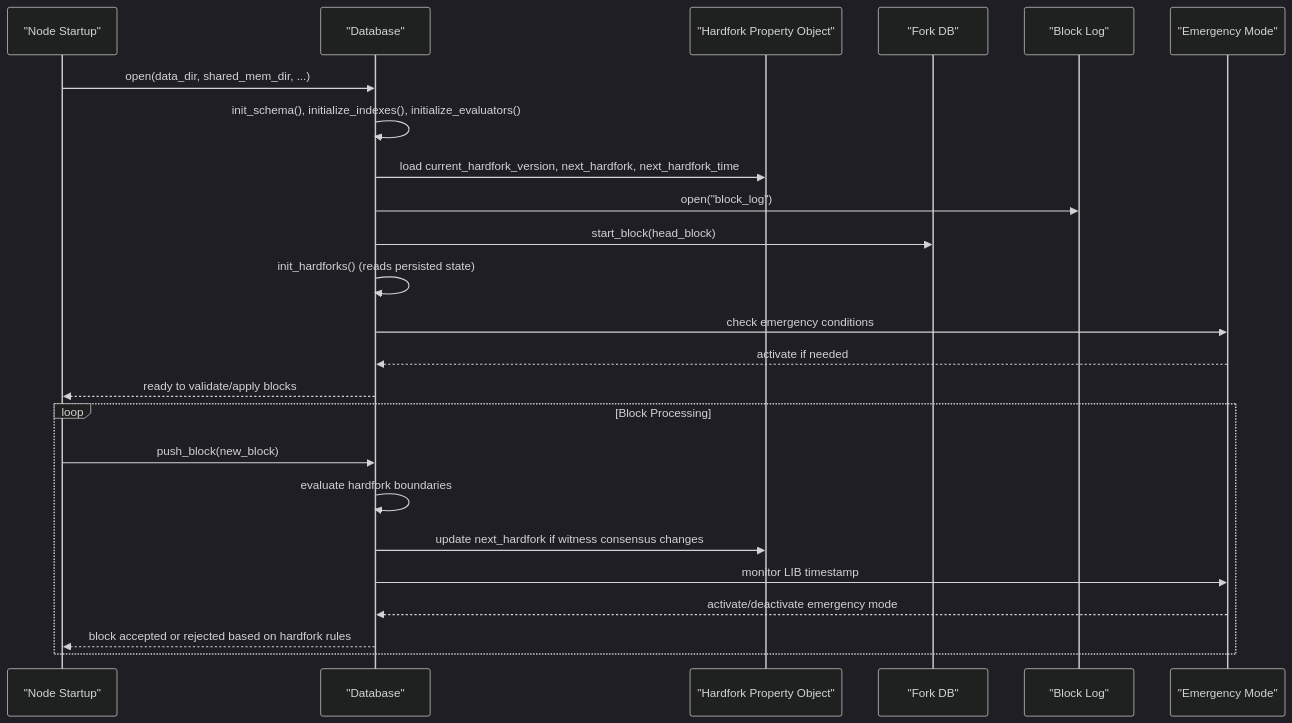
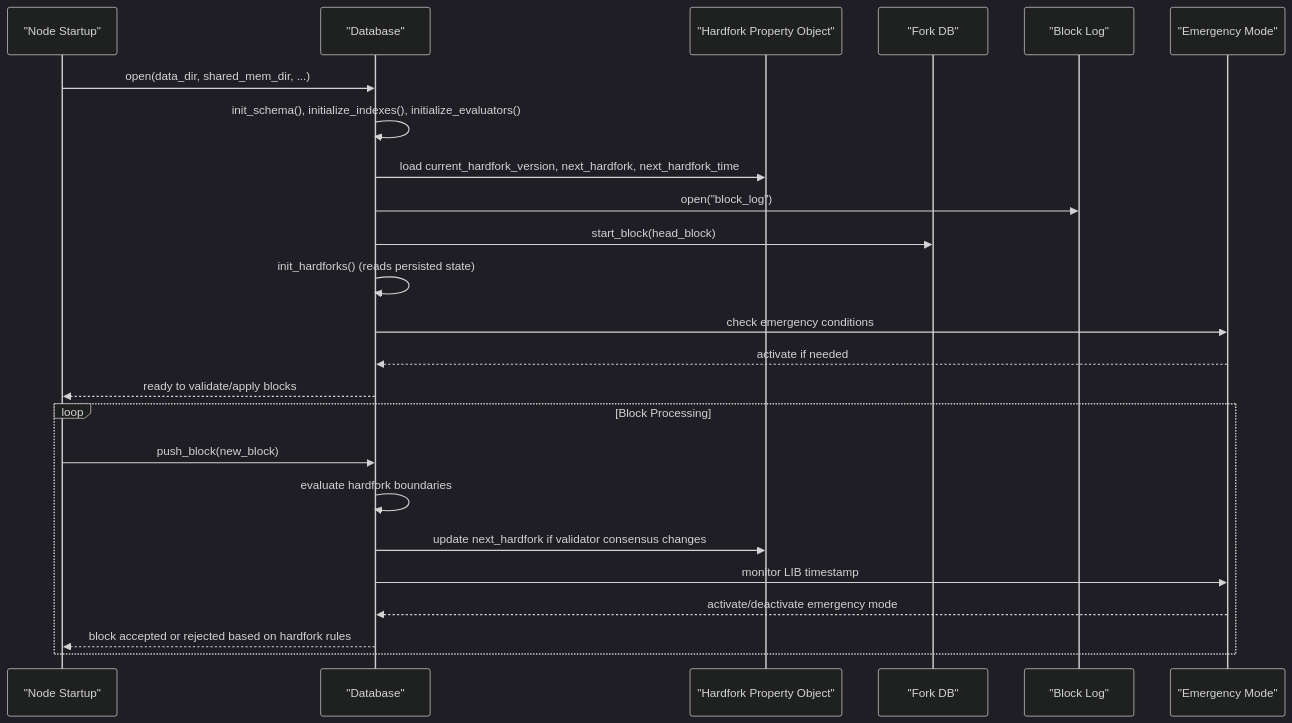
Before and after one commit to VIZ-Blockchain/viz-cpp-node: the second of 7 diagrams in .qoder/repowiki/en/content/Advanced Topics/Hardfork Management.md, drawn with Mermaid (dark theme). The commit also changed other lines of this file and 88 other files, not shown here.

First line of the commit message:
docs(validator): rename witness to validator throughout documentation

````diff
--- a/.qoder/repowiki/en/content/Advanced Topics/Hardfork Management.md
+++ b/.qoder/repowiki/en/content/Advanced Topics/Hardfork Management.md
@@ -134,26 +134,26 @@
 ```mermaid
 sequenceDiagram
 participant Node as "Node Startup"
 participant DB as "Database"
 participant HFProps as "Hardfork Property Object"
 participant ForkDB as "Fork DB"
 participant BlockLog as "Block Log"
 participant Emergency as "Emergency Mode"
 Node->>DB : open(data_dir, shared_mem_dir, ...)
 DB->>DB : init_schema(), initialize_indexes(), initialize_evaluators()
 DB->>HFProps : load current_hardfork_version, next_hardfork, next_hardfork_time
 DB->>BlockLog : open("block_log")
 DB->>ForkDB : start_block(head_block)
 DB->>DB : init_hardforks() (reads persisted state)
 DB->>Emergency : check emergency conditions
 Emergency-->>DB : activate if needed
 DB-->>Node : ready to validate/apply blocks
 loop Block Processing
 Node->>DB : push_block(new_block)
 DB->>DB : evaluate hardfork boundaries
-DB->>HFProps : update next_hardfork if witness consensus changes
+DB->>HFProps : update next_hardfork if validator consensus changes
 DB->>Emergency : monitor LIB timestamp
 Emergency-->>DB : activate/deactivate emergency mode
 DB-->>Node : block accepted or rejected based on hardfork rules
 end
 ```
````
